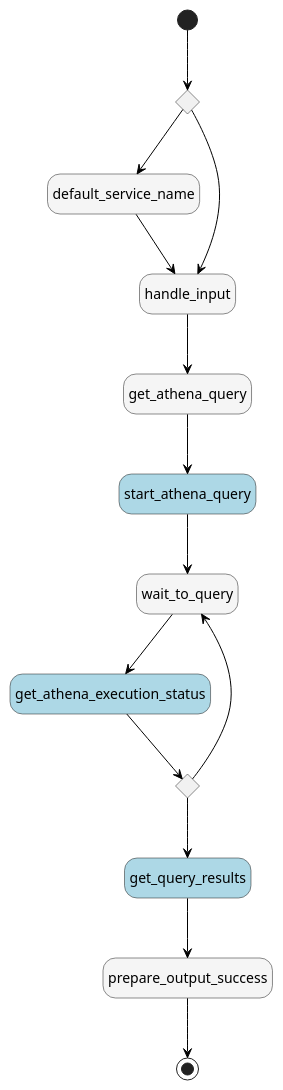
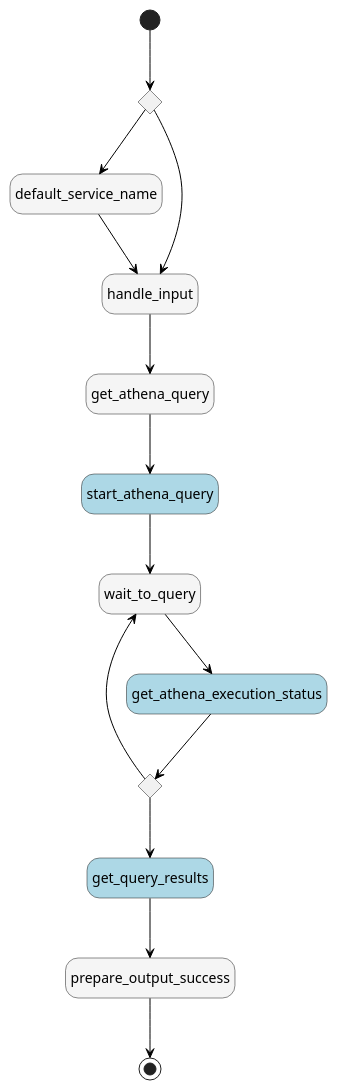
Before and after one commit to massfords/asl-puml: the diagram in src/__tests__/pumls/aws-example-execute_athena_query.asl.puml, drawn with PlantUML. The commit also changed other lines of this file and 10 other files, not shown here.

```diff
--- a/src/__tests__/pumls/aws-example-execute_athena_query.asl.puml
+++ b/src/__tests__/pumls/aws-example-execute_athena_query.asl.puml
@@ -1,42 +1,42 @@
 @startuml
 hide empty description
 skinparam ArrowColor #black
 skinparam state {
 
     BackgroundColor<<Choice>> #whitesmoke
     FontColor<<Choice>> automatic
 
     BackgroundColor<<aslPass>> #whitesmoke
     FontColor<<aslPass>> automatic
 
     BackgroundColor<<aslTask>> #lightblue
     FontColor<<aslTask>> automatic
 
     BackgroundColor<<aslWait>> #whitesmoke
     FontColor<<aslWait>> automatic
     BackgroundColor<<Compensate>> #orange
 }
 state "confirm_service_name" as state1<<Choice>>
 state "default_service_name" as state2<<aslPass>>
+state "get_athena_execution_status" as state7<<aslTask>>
+state "get_athena_query" as state4<<aslPass>>
+state "get_query_results" as state9<<aslTask>>
 state "handle_input" as state3<<aslPass>>
-state "get_athena_query" as state4<<aslPass>>
+state "is_query_finished" as state8<<Choice>>
+state "prepare_output_success" as state10<<aslPass>>
 state "start_athena_query" as state5<<aslTask>>
 state "wait_to_query" as state6<<aslWait>>
-state "get_athena_execution_status" as state7<<aslTask>>
-state "is_query_finished" as state8<<Choice>>
-state "get_query_results" as state9<<aslTask>>
-state "prepare_output_success" as state10<<aslPass>>
 [*] --> state1
 state1 --> state3
 state1 --> state2
 state2 --> state3
 state3 --> state4
 state4 --> state5
 state5 --> state6
 state6 --> state7
 state7 --> state8
 state8 --> state6
 state8 --> state9
 state9 --> state10
 state10 --> [*]
 @enduml
```
